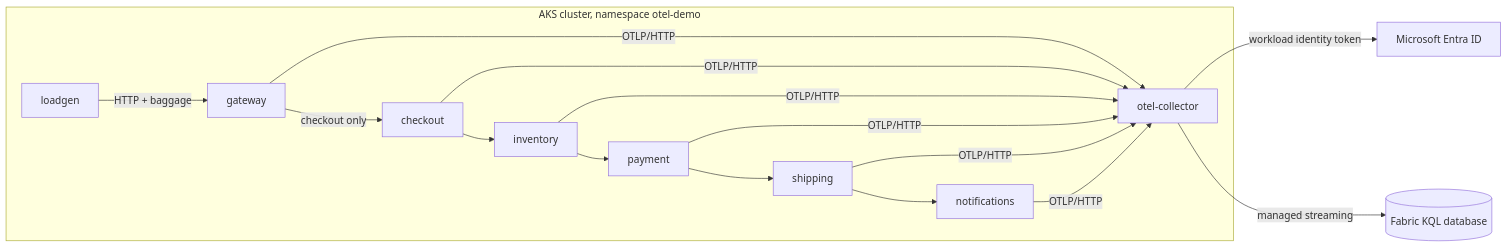
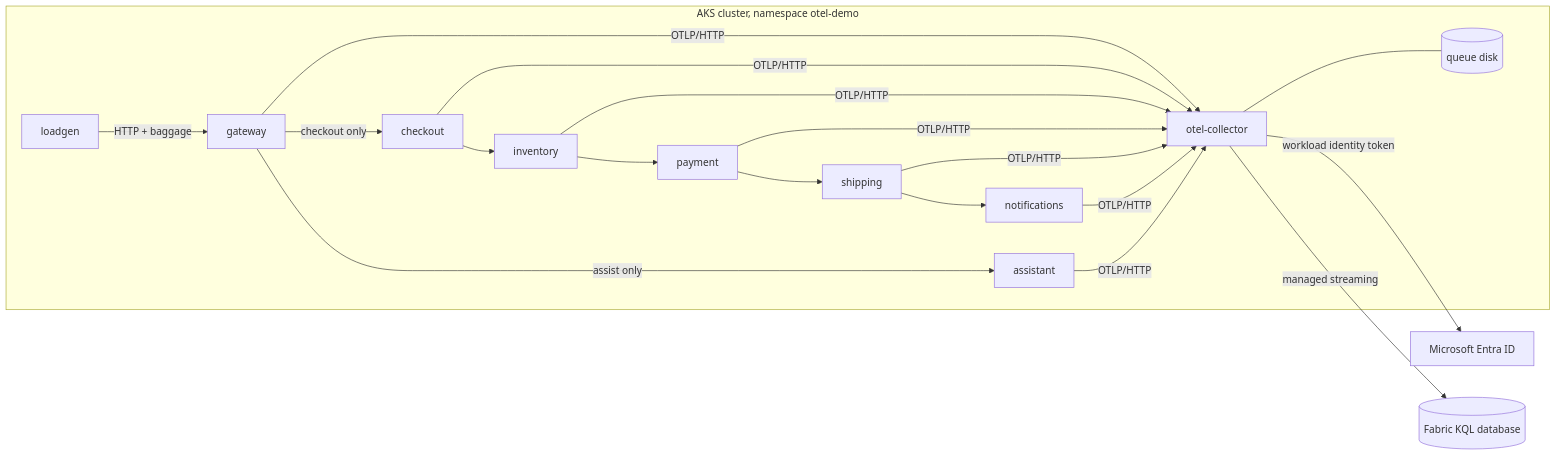
The diagram in docs/aks-demo.md (msftse-org/fabric-rti-monitoring), drawn with Mermaid before and after one commit. The commit also changed other lines of this file and 17 other files, not shown here.

First line of the commit message:
feat: trace AI agents with GenAI conventions; keep the AKS export queue on disk

````diff
--- a/docs/aks-demo.md
+++ b/docs/aks-demo.md
@@ -9,14 +9,16 @@
 ```mermaid
 flowchart LR
   subgraph AKS["AKS cluster, namespace otel-demo"]
     L[loadgen] -->|HTTP + baggage| G[gateway]
     G -->|checkout only| C[checkout]
+    G -->|assist only| A[assistant]
     C --> I[inventory]
     I --> P[payment]
     P --> S[shipping]
     S --> N[notifications]
-    G & C & I & P & S & N -->|OTLP/HTTP| O[otel-collector]
+    G & C & I & P & S & N & A -->|OTLP/HTTP| O[otel-collector]
+    O --- Q[(queue disk)]
   end
   O -->|workload identity token| E[Microsoft Entra ID]
   O -->|managed streaming| K[(Fabric KQL database)]
 ```
````
